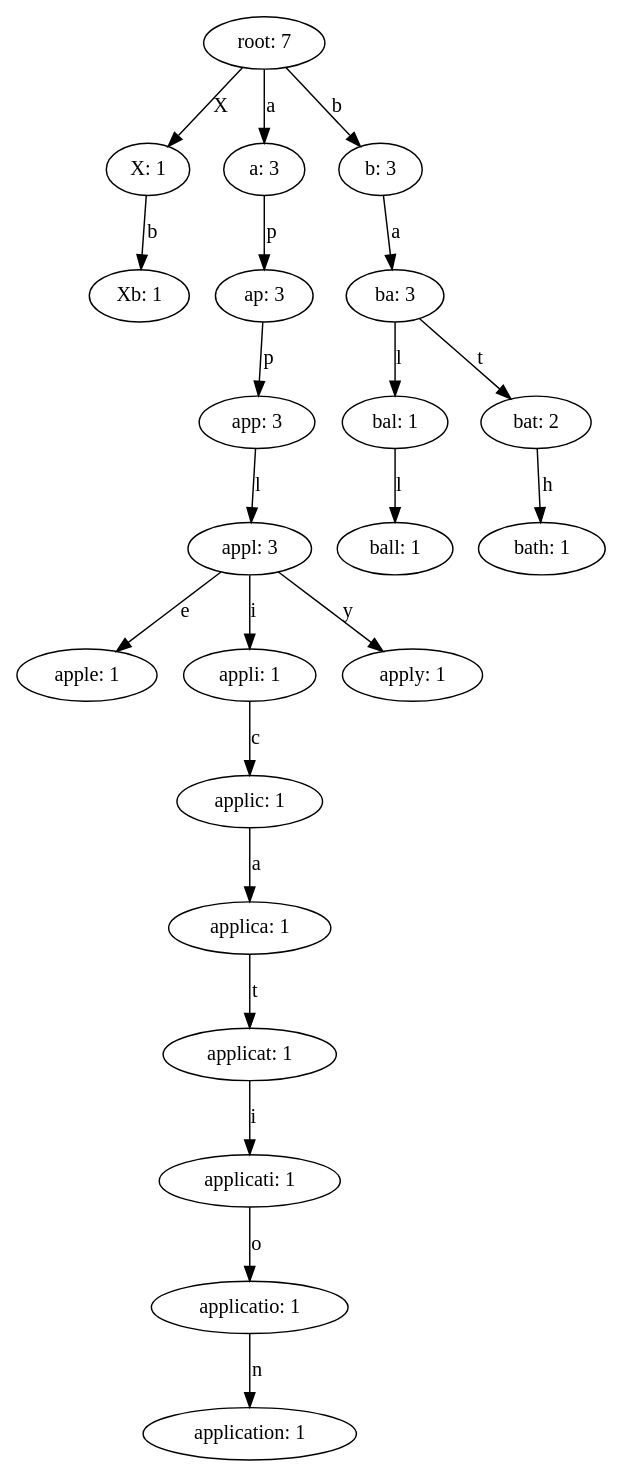
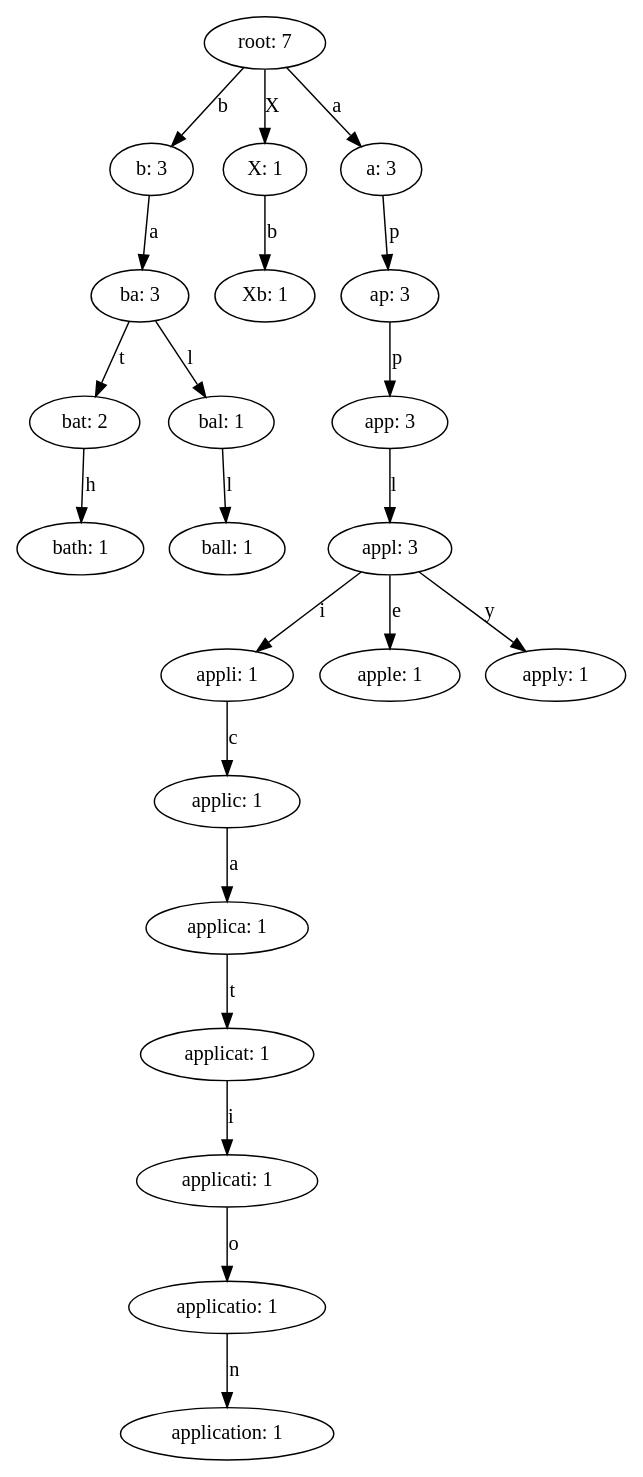
The diagram in task3/task3_4/result_pic/trie_1.dot (YuXuaann/Compile), drawn with Graphviz before and after one commit. The commit also changed 6 other files, not shown here.

```diff
--- a/task3/task3_4/result_pic/trie_1.dot
+++ b/task3/task3_4/result_pic/trie_1.dot
@@ -1,45 +1,45 @@
 digraph {
     0 [ label = "root: 7" ]
-    1 [ label = "X: 1" ]
-    2 [ label = "Xb: 1" ]
-    3 [ label = "a: 3" ]
-    4 [ label = "ap: 3" ]
-    5 [ label = "app: 3" ]
-    6 [ label = "appl: 3" ]
-    7 [ label = "apple: 1" ]
-    8 [ label = "appli: 1" ]
-    9 [ label = "applic: 1" ]
-    10 [ label = "applica: 1" ]
-    11 [ label = "applicat: 1" ]
-    12 [ label = "applicati: 1" ]
-    13 [ label = "applicatio: 1" ]
-    14 [ label = "application: 1" ]
-    15 [ label = "apply: 1" ]
-    16 [ label = "b: 3" ]
-    17 [ label = "ba: 3" ]
-    18 [ label = "bal: 1" ]
-    19 [ label = "ball: 1" ]
-    20 [ label = "bat: 2" ]
-    21 [ label = "bath: 1" ]
-    0 -> 1 [ label = "X" ]
-    1 -> 2 [ label = "b" ]
-    0 -> 3 [ label = "a" ]
-    3 -> 4 [ label = "p" ]
-    4 -> 5 [ label = "p" ]
+    1 [ label = "b: 3" ]
+    2 [ label = "ba: 3" ]
+    3 [ label = "bat: 2" ]
+    4 [ label = "bath: 1" ]
+    5 [ label = "bal: 1" ]
+    6 [ label = "ball: 1" ]
+    7 [ label = "X: 1" ]
+    8 [ label = "Xb: 1" ]
+    9 [ label = "a: 3" ]
+    10 [ label = "ap: 3" ]
+    11 [ label = "app: 3" ]
+    12 [ label = "appl: 3" ]
+    13 [ label = "appli: 1" ]
+    14 [ label = "applic: 1" ]
+    15 [ label = "applica: 1" ]
+    16 [ label = "applicat: 1" ]
+    17 [ label = "applicati: 1" ]
+    18 [ label = "applicatio: 1" ]
+    19 [ label = "application: 1" ]
+    20 [ label = "apple: 1" ]
+    21 [ label = "apply: 1" ]
+    0 -> 1 [ label = "b" ]
+    1 -> 2 [ label = "a" ]
+    2 -> 3 [ label = "t" ]
+    3 -> 4 [ label = "h" ]
+    2 -> 5 [ label = "l" ]
     5 -> 6 [ label = "l" ]
-    6 -> 7 [ label = "e" ]
-    6 -> 8 [ label = "i" ]
-    8 -> 9 [ label = "c" ]
-    9 -> 10 [ label = "a" ]
-    10 -> 11 [ label = "t" ]
-    11 -> 12 [ label = "i" ]
-    12 -> 13 [ label = "o" ]
-    13 -> 14 [ label = "n" ]
-    6 -> 15 [ label = "y" ]
-    0 -> 16 [ label = "b" ]
-    16 -> 17 [ label = "a" ]
-    17 -> 18 [ label = "l" ]
-    18 -> 19 [ label = "l" ]
-    17 -> 20 [ label = "t" ]
-    20 -> 21 [ label = "h" ]
+    0 -> 7 [ label = "X" ]
+    7 -> 8 [ label = "b" ]
+    0 -> 9 [ label = "a" ]
+    9 -> 10 [ label = "p" ]
+    10 -> 11 [ label = "p" ]
+    11 -> 12 [ label = "l" ]
+    12 -> 13 [ label = "i" ]
+    13 -> 14 [ label = "c" ]
+    14 -> 15 [ label = "a" ]
+    15 -> 16 [ label = "t" ]
+    16 -> 17 [ label = "i" ]
+    17 -> 18 [ label = "o" ]
+    18 -> 19 [ label = "n" ]
+    12 -> 20 [ label = "e" ]
+    12 -> 21 [ label = "y" ]
 }
```
